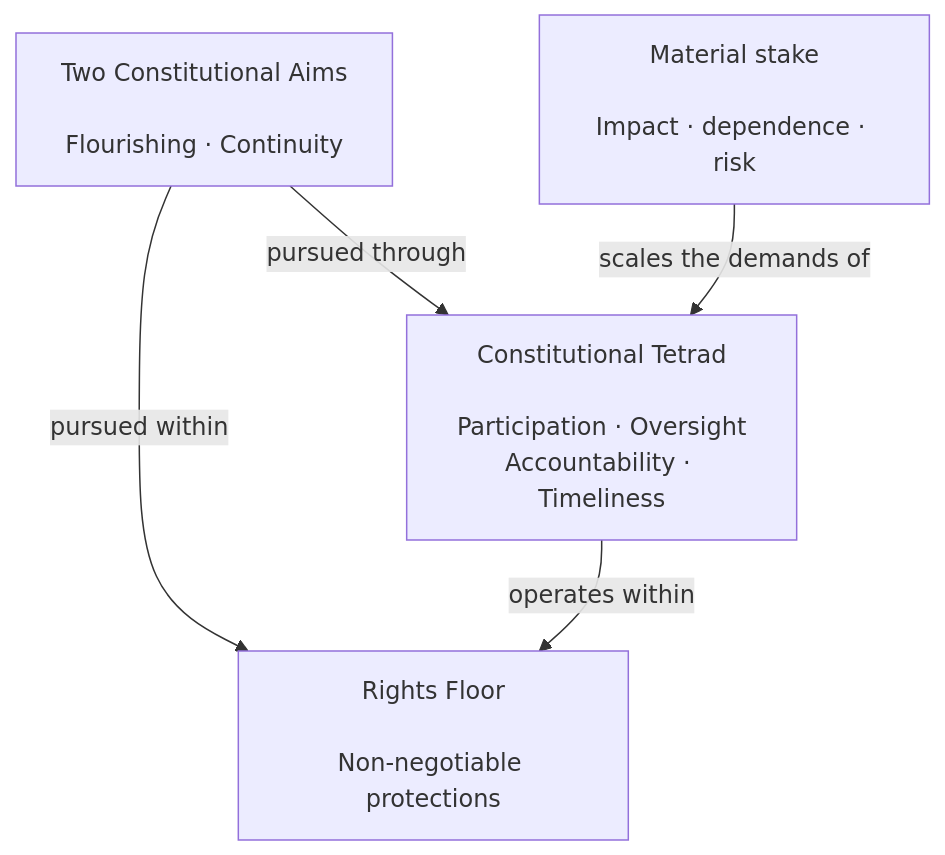
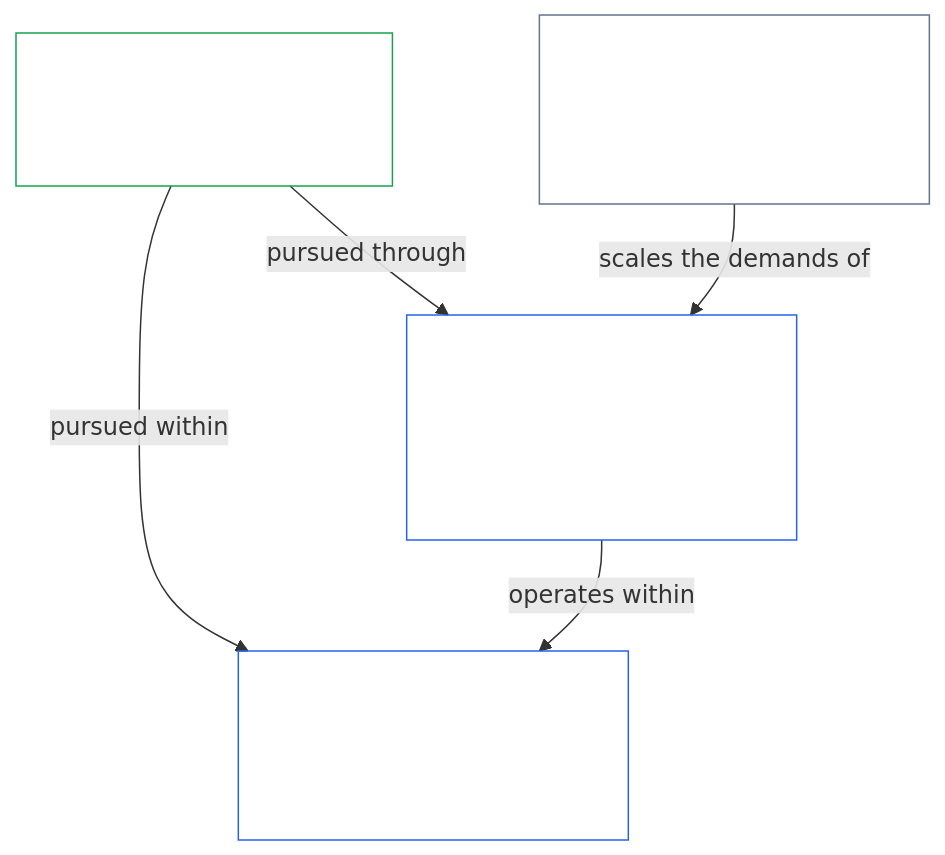
Before and after one commit to kfoelsch/Sentient_Constitution: the first of 2 diagrams in doc_architecture/generated/print_pack.md, drawn with Mermaid. The commit also changed other lines of this file and 22 other files, not shown here.

````diff
--- a/doc_architecture/generated/print_pack.md
+++ b/doc_architecture/generated/print_pack.md
@@ -69,11 +69,15 @@
 ```mermaid
 flowchart TB
     A["Two Constitutional Aims<br/><br/>Flourishing · Continuity"]
     T["Constitutional Tetrad<br/><br/>Participation · Oversight<br/>Accountability · Timeliness"]
     M["Material stake<br/><br/>Impact · dependence · risk"]
     R["Rights Floor<br/><br/>Non-negotiable protections"]
     A -->|pursued through| T
     M -->|scales the demands of| T
     A -->|pursued within| R
     T -->|operates within| R
+    style A fill:none,stroke:#16a34a,color:#ffffff
+    style T fill:none,stroke:#2563eb,color:#ffffff
+    style M fill:none,stroke:#64748b,color:#ffffff
+    style R fill:none,stroke:#2563eb,color:#ffffff
 ```
````
